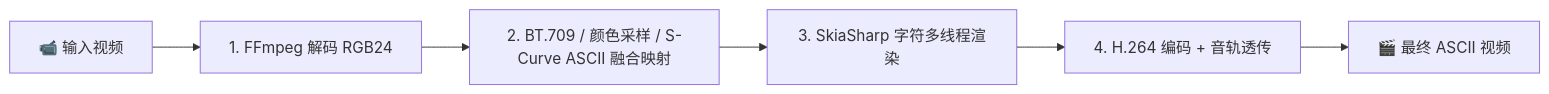
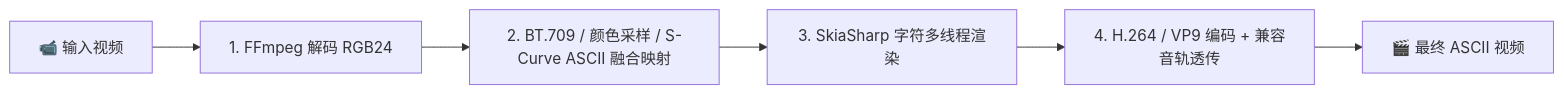
Before and after one commit to Mousika2049/ASCII-Video: the diagram in README.md, drawn with Mermaid. The commit also changed other lines of this file and 9 other files, not shown here.

````diff
--- a/README.md
+++ b/README.md
@@ -32,8 +36,8 @@
 ```mermaid
 flowchart LR
     A[📹 输入视频] --> B[1. FFmpeg 解码 RGB24]
     B --> C[2. BT.709 / 颜色采样 / S-Curve ASCII 融合映射]
     C --> D[3. SkiaSharp 字符多线程渲染]
-    D --> E[4. H.264 编码 + 音轨透传]
+    D --> E[4. H.264 / VP9 编码 + 兼容音轨透传]
     E --> F[🎬 最终 ASCII 视频]
 ```
````
